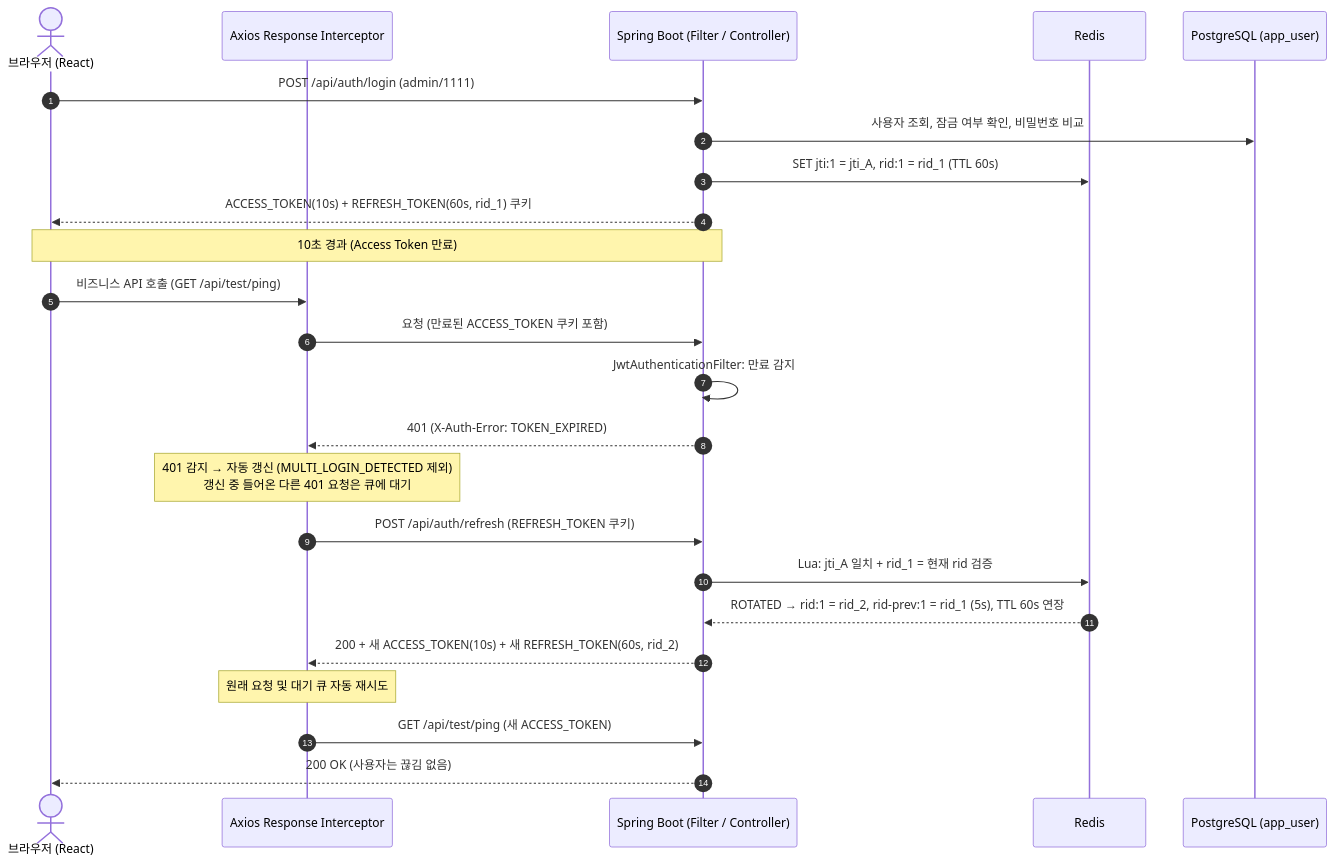
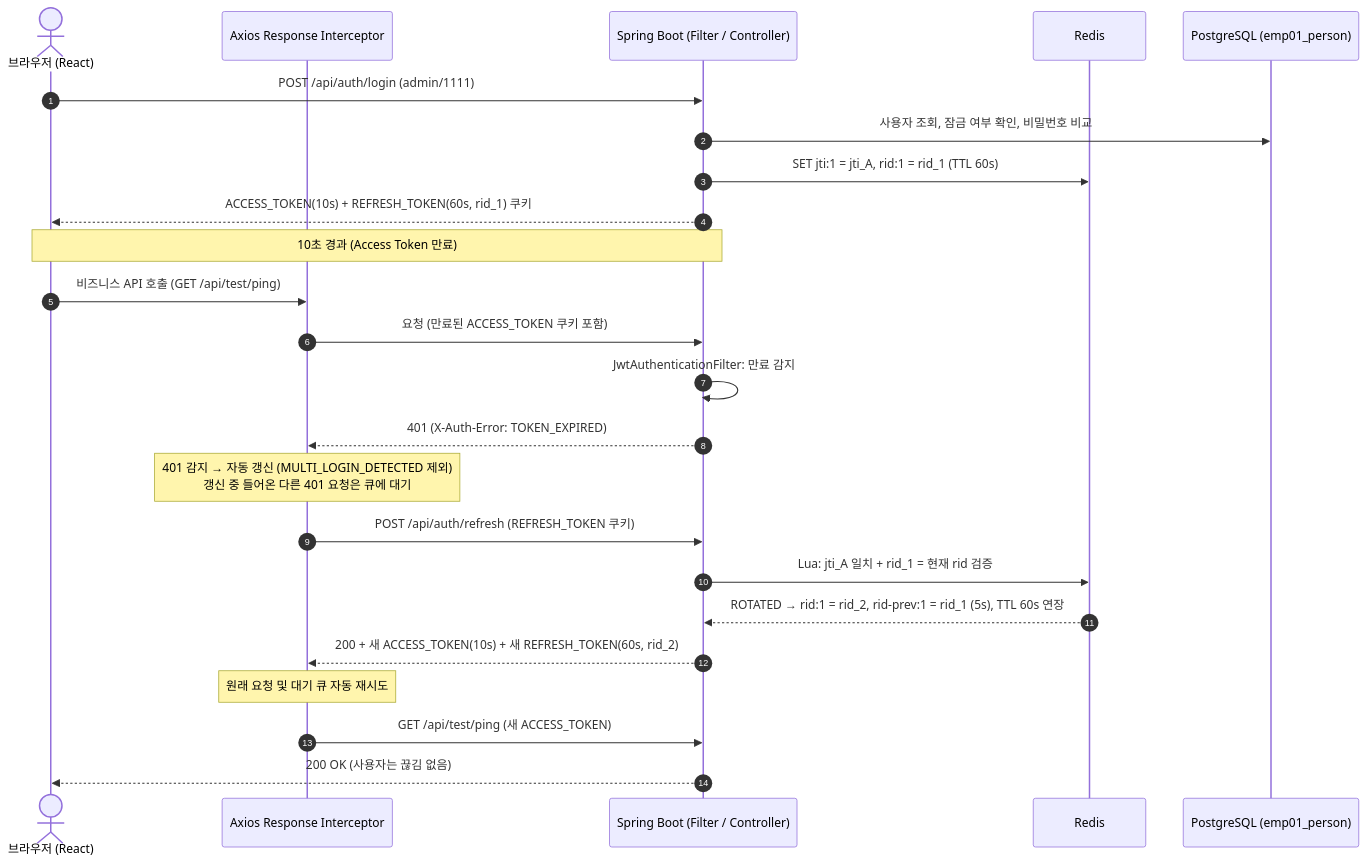
The third of 4 diagrams in docs/security-설계.md (KimDoYoung/framework-sprt), drawn with Mermaid before and after one commit. The commit also changed other lines of this file and 54 other files, not shown here.

````diff
--- a/docs/security-설계.md
+++ b/docs/security-설계.md
@@ -251,31 +251,31 @@
 ```mermaid
 sequenceDiagram
     autonumber
     actor Client as 브라우저 (React)
     participant Interceptor as Axios Response Interceptor
     participant Backend as Spring Boot (Filter / Controller)
     participant Redis as Redis
-    participant DB as PostgreSQL (app_user)
+    participant DB as PostgreSQL (emp01_person)
 
     Client->>Backend: POST /api/auth/login (admin/1111)
     Backend->>DB: 사용자 조회, 잠금 여부 확인, 비밀번호 비교
     Backend->>Redis: SET jti:1 = jti_A, rid:1 = rid_1 (TTL 60s)
     Backend-->>Client: ACCESS_TOKEN(10s) + REFRESH_TOKEN(60s, rid_1) 쿠키
 
     Note over Client,Backend: 10초 경과 (Access Token 만료)
 
     Client->>Interceptor: 비즈니스 API 호출 (GET /api/test/ping)
     Interceptor->>Backend: 요청 (만료된 ACCESS_TOKEN 쿠키 포함)
     Backend->>Backend: JwtAuthenticationFilter: 만료 감지
     Backend-->>Interceptor: 401 (X-Auth-Error: TOKEN_EXPIRED)
 
     Note over Interceptor: 401 감지 → 자동 갱신 (MULTI_LOGIN_DETECTED 제외)<br/>갱신 중 들어온 다른 401 요청은 큐에 대기
     Interceptor->>Backend: POST /api/auth/refresh (REFRESH_TOKEN 쿠키)
     Backend->>Redis: Lua: jti_A 일치 + rid_1 = 현재 rid 검증
     Redis-->>Backend: ROTATED → rid:1 = rid_2, rid-prev:1 = rid_1 (5s), TTL 60s 연장
     Backend-->>Interceptor: 200 + 새 ACCESS_TOKEN(10s) + 새 REFRESH_TOKEN(60s, rid_2)
 
     Note over Interceptor: 원래 요청 및 대기 큐 자동 재시도
     Interceptor->>Backend: GET /api/test/ping (새 ACCESS_TOKEN)
     Backend-->>Client: 200 OK (사용자는 끊김 없음)
 ```
````
